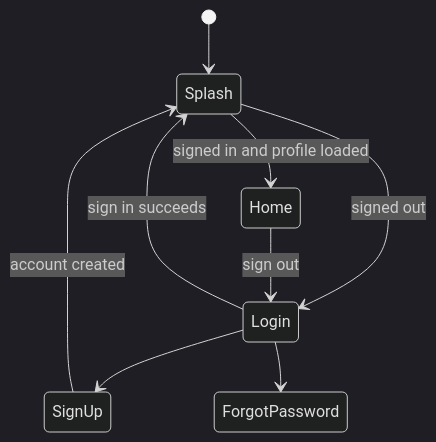
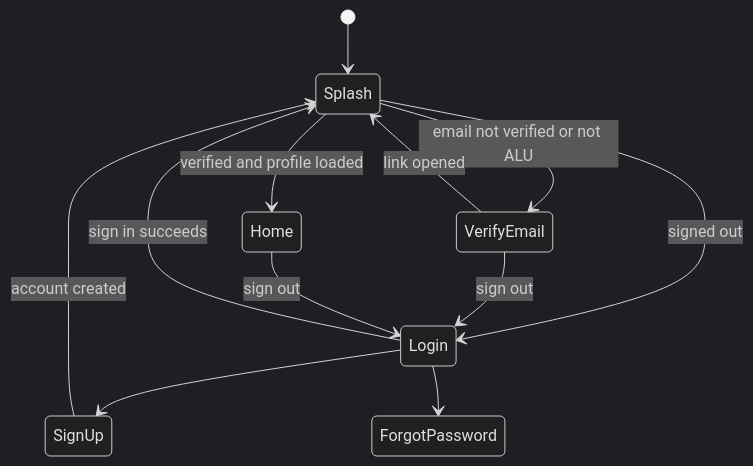
The second of 4 diagrams in docs/ARCHITECTURE.md (Byiringiro-saaad/Formative_assignment2), drawn with Mermaid (dark theme) before and after one commit. The commit also changed other lines of this file and 11 other files, not shown here.

First line of the commit message:
Update docs and screenshots for ALU sign-in and anonymous reports

````diff
--- a/docs/ARCHITECTURE.md
+++ b/docs/ARCHITECTURE.md
@@ -75,11 +75,14 @@
 ```mermaid
 stateDiagram-v2
   [*] --> Splash
   Splash --> Login: signed out
-  Splash --> Home: signed in and profile loaded
+  Splash --> VerifyEmail: email not verified or not ALU
+  VerifyEmail --> Splash: link opened
+  VerifyEmail --> Login: sign out
+  Splash --> Home: verified and profile loaded
   Login --> SignUp
   Login --> ForgotPassword
   Login --> Splash: sign in succeeds
   SignUp --> Splash: account created
   Home --> Login: sign out
 ```
````
